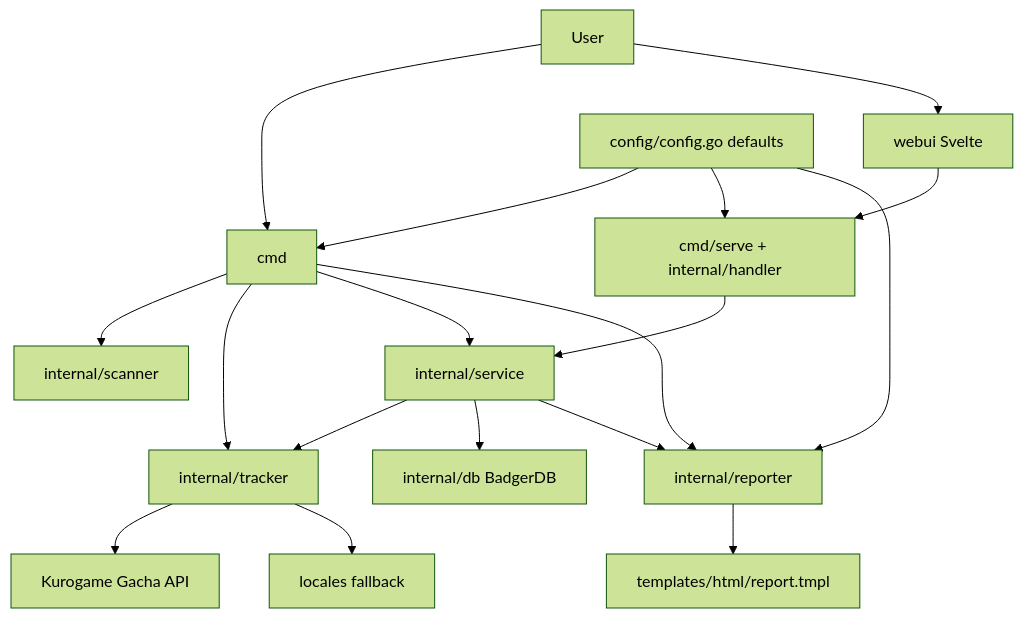
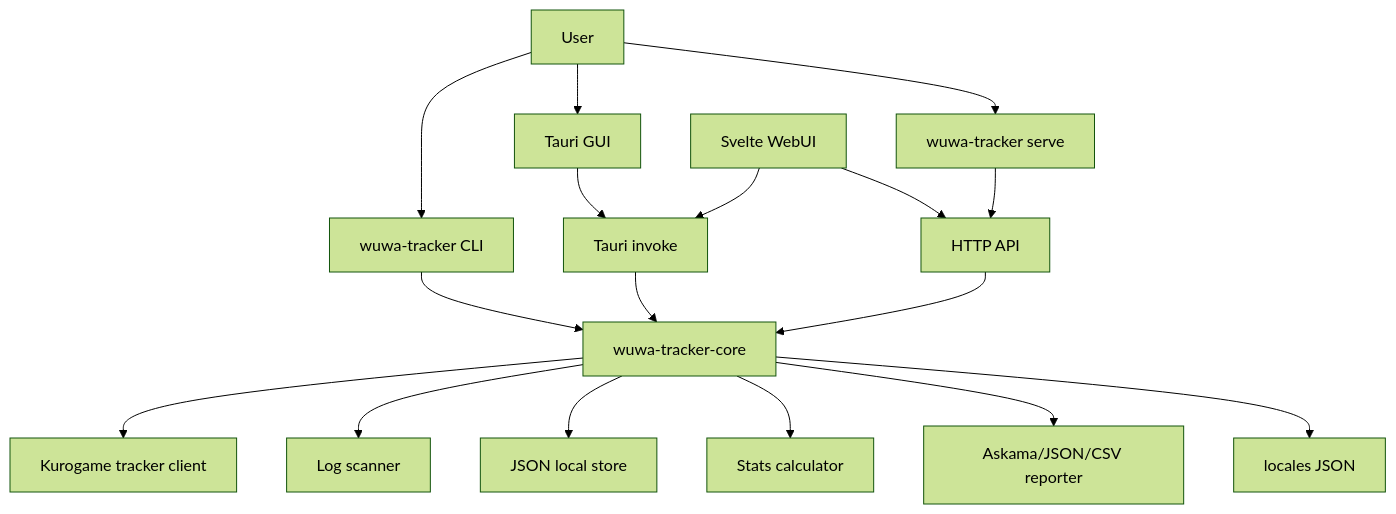
Before and after one commit to meteormin/wuwa-tracker: the diagram in DESIGN.md, drawn with Mermaid (forest theme). The commit also changed other lines of this file and 98 other files, not shown here.

````diff
--- a/DESIGN.md
+++ b/DESIGN.md
@@ -14,20 +11,19 @@
 ```mermaid
 flowchart TD
-    User["User"] --> CLI["cmd"]
-    User --> UI["webui Svelte"]
-    CLI --> Scanner["internal/scanner"]
-    CLI --> Tracker["internal/tracker"]
-    CLI --> Service["internal/service"]
-    CLI --> Reporter["internal/reporter"]
-    UI --> API["cmd/serve + internal/handler"]
-    API --> Service
-    Service --> Tracker
-    Service --> DB["internal/db BadgerDB"]
-    Service --> Reporter
-    Tracker --> RemoteAPI["Kurogame Gacha API"]
-    Tracker --> Locales["locales fallback"]
-    Reporter --> Templates["templates/html/report.tmpl"]
-    Config["config/config.go defaults"] --> CLI
-    Config --> API
-    Config --> Reporter
+    User["User"] --> CLI["wuwa-tracker CLI"]
+    User --> GUI["Tauri GUI"]
+    User --> Server["wuwa-tracker serve"]
+    GUI --> Invoke["Tauri invoke"]
+    WebUI["Svelte WebUI"] --> Invoke
+    WebUI --> HTTP["HTTP API"]
+    Server --> HTTP
+    CLI --> Core["wuwa-tracker-core"]
+    Invoke --> Core
+    HTTP --> Core
+    Core --> Tracker["Kurogame tracker client"]
+    Core --> Scanner["Log scanner"]
+    Core --> Store["JSON local store"]
+    Core --> Stats["Stats calculator"]
+    Core --> Reporter["Askama/JSON/CSV reporter"]
+    Core --> Locales["locales JSON"]
 ```
````
